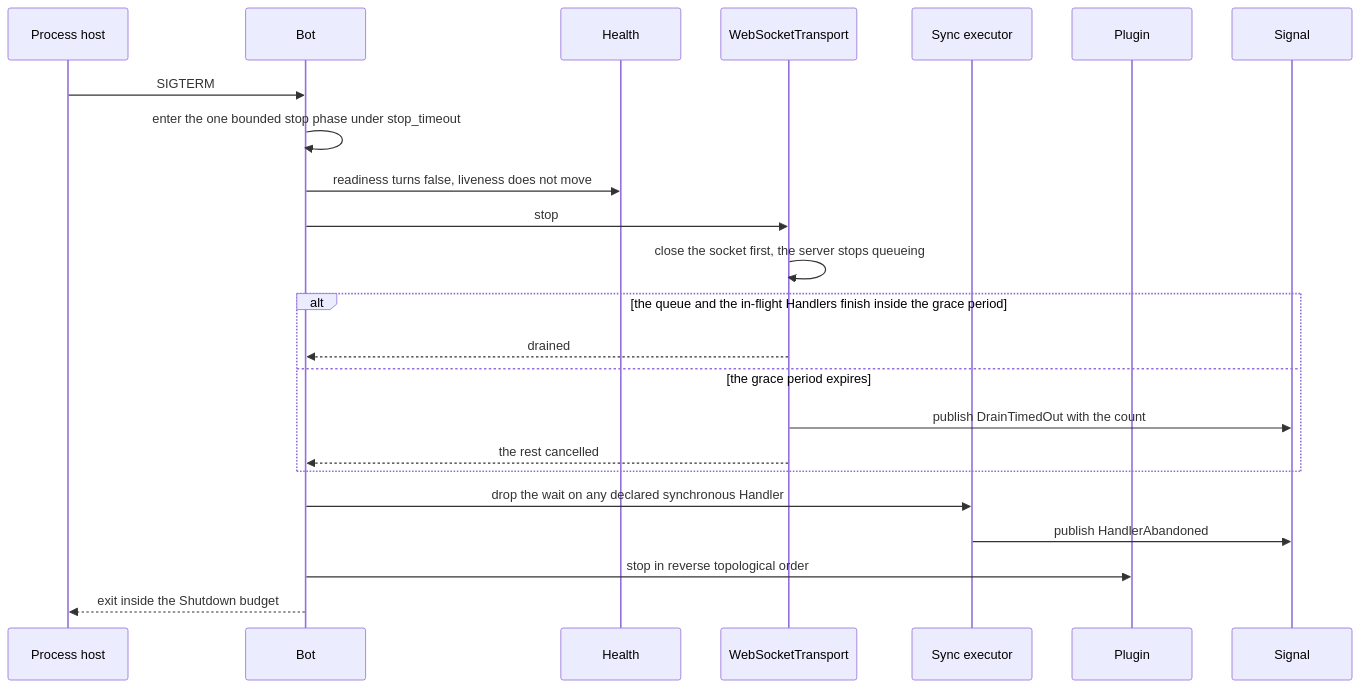
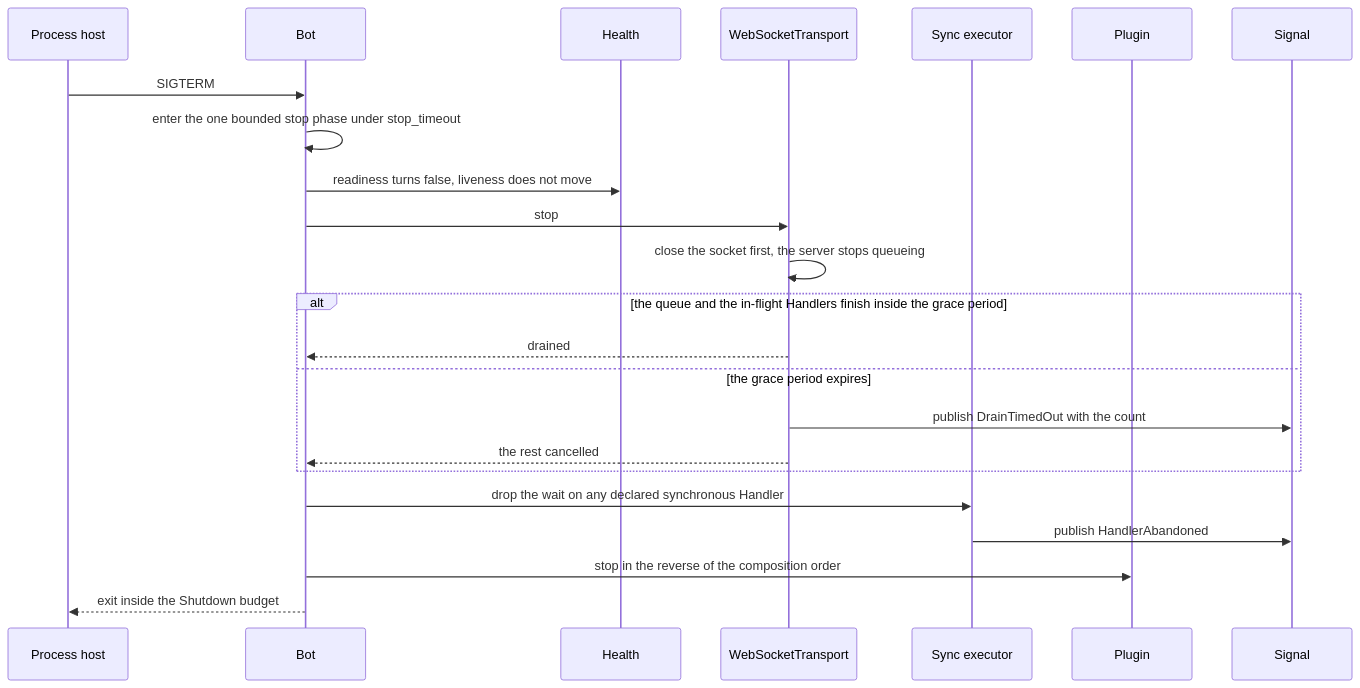
Before and after one commit to dmastapkovich/aiommbot: the sixth of 8 diagrams in docs/design/06-runtime-view.md, drawn with Mermaid. The commit also changed other lines of this file and 25 other files, not shown here.

````diff
--- a/docs/design/06-runtime-view.md
+++ b/docs/design/06-runtime-view.md
@@ -299,25 +299,25 @@
 ```mermaid
 sequenceDiagram
     participant HOST as Process host
     participant BOT as Bot
     participant HLT as Health
     participant WST as WebSocketTransport
     participant SEX as Sync executor
     participant PLG as Plugin
     participant SIG as Signal
     HOST->>BOT: SIGTERM
     BOT->>BOT: enter the one bounded stop phase under stop_timeout
     BOT->>HLT: readiness turns false, liveness does not move
     BOT->>WST: stop
     WST->>WST: close the socket first, the server stops queueing
     alt the queue and the in-flight Handlers finish inside the grace period
         WST-->>BOT: drained
     else the grace period expires
         WST->>SIG: publish DrainTimedOut with the count
         WST-->>BOT: the rest cancelled
     end
     BOT->>SEX: drop the wait on any declared synchronous Handler
     SEX->>SIG: publish HandlerAbandoned
-    BOT->>PLG: stop in reverse topological order
+    BOT->>PLG: stop in the reverse of the composition order
     BOT-->>HOST: exit inside the Shutdown budget
 ```
````
